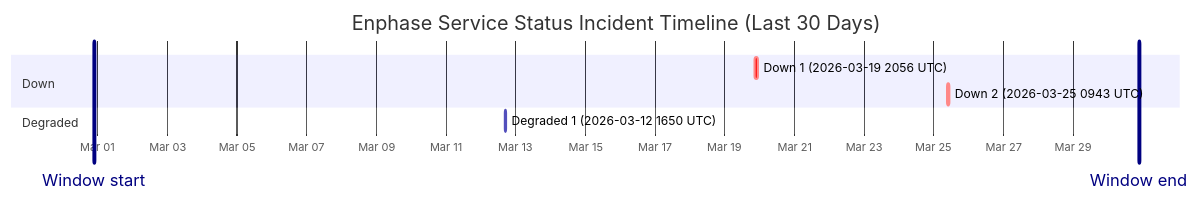
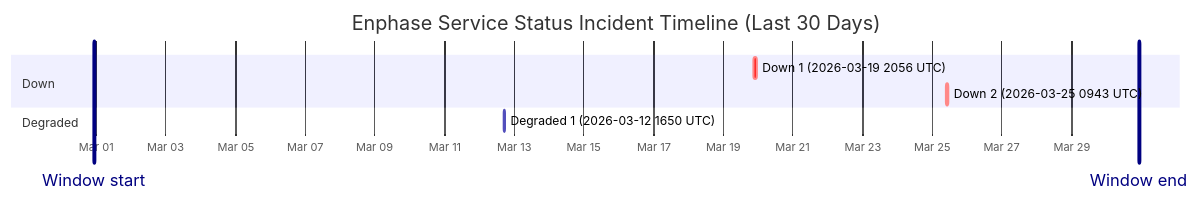
The diagram in wiki/Service-Status-History.md (barneyonline/ha-enphase-ev-charger), drawn with Mermaid before and after one commit. The commit also changed other lines of this file and 3 other files, not shown here.

````diff
--- a/wiki/Service-Status-History.md
+++ b/wiki/Service-Status-History.md
@@ -14,13 +14,13 @@
 ```mermaid
 gantt
     title Enphase Service Status Incident Timeline (Last 30 Days)
     dateFormat  YYYY-MM-DDTHH:mm:ss
     axisFormat  %b %d
-    Window start :vert, window-start, 2026-02-28T21:33:47, 0ms
-    Window end :vert, window-end, 2026-03-30T21:33:47, 0ms
+    Window start :vert, window-start, 2026-02-28T22:25:38, 0ms
+    Window end :vert, window-end, 2026-03-30T22:25:38, 0ms
     section Down
     Down 1 (2026-03-19 2056 UTC) :crit, down-1, 2026-03-19T20:56:20, 145m
     Down 2 (2026-03-25 0943 UTC) :crit, down-2, 2026-03-25T09:43:28, 111m
     section Degraded
     Degraded 1 (2026-03-12 1650 UTC) :active, degraded-1, 2026-03-12T16:50:43, 60m
 ```
````
